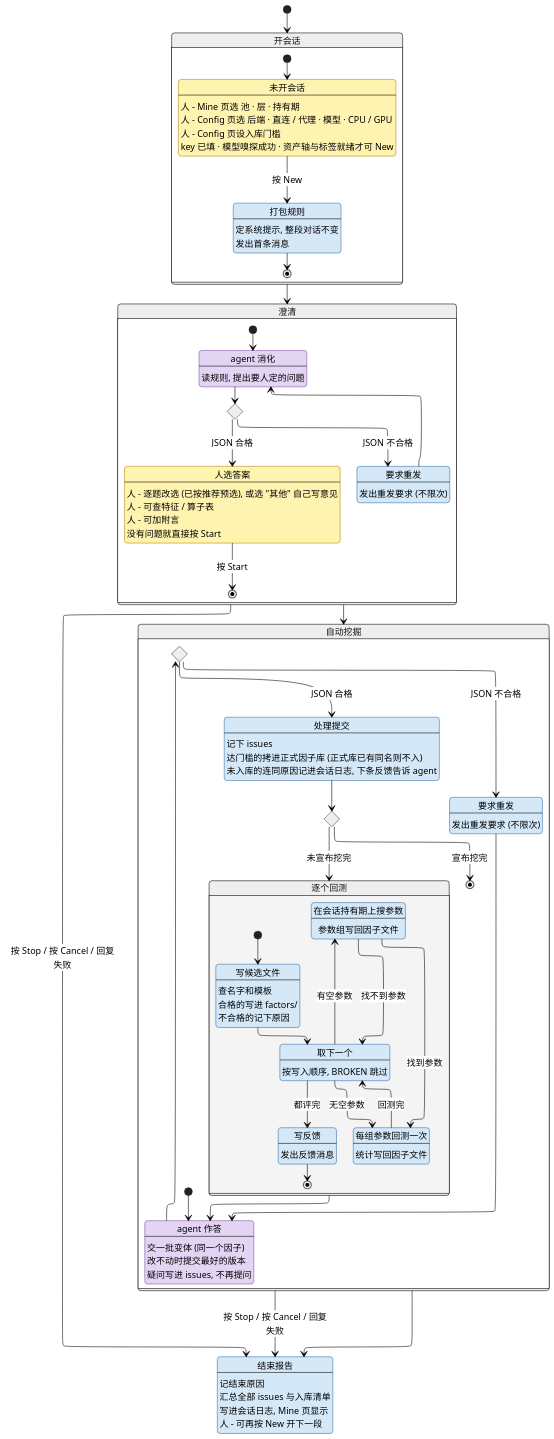
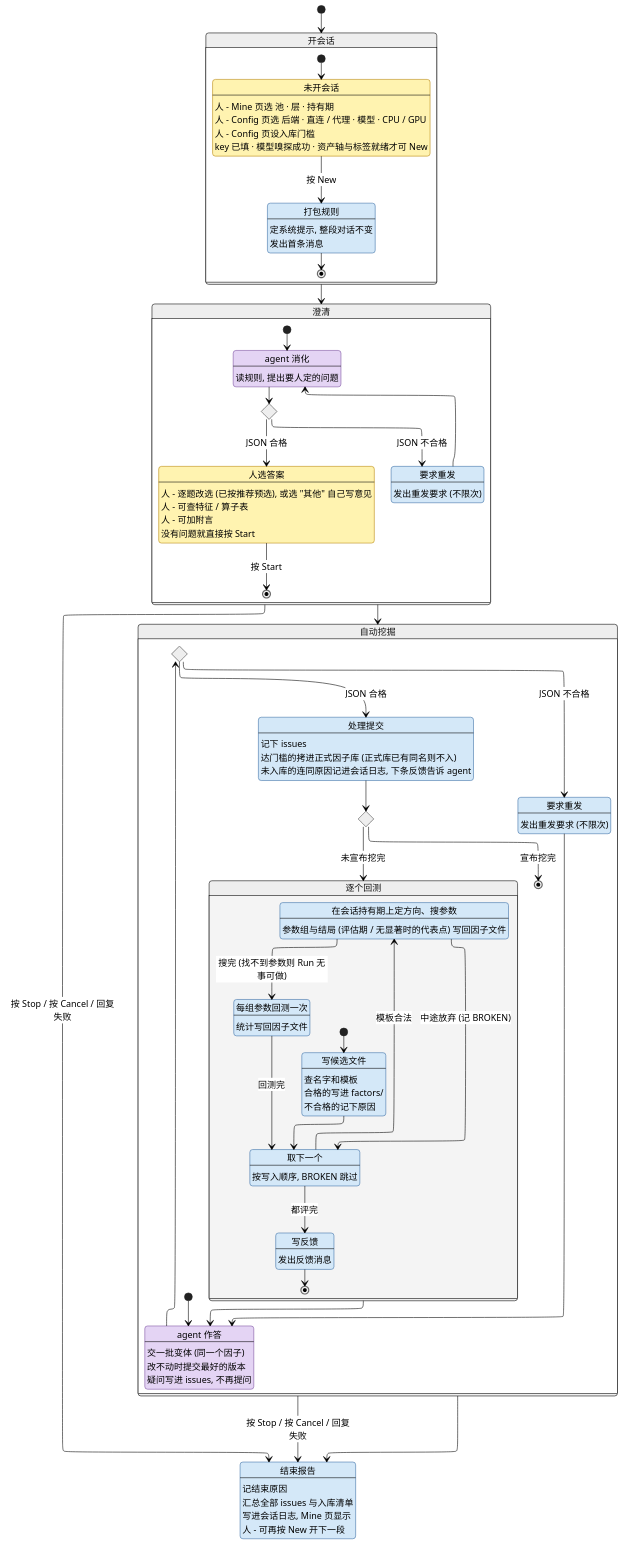
One commit to CoCoMilkyWay/stk changed the diagram in AGENT.md. Above: the diagram before and after it, drawn with Mermaid (neutral theme). The commit also changed other lines of this file and 57 other files, not shown here.

```diff
--- a/AGENT.md
+++ b/AGENT.md
@@ -94,8 +95,8 @@
             Stage : 不合格的记下原因
             state "取下一个" as Next
             Next : 按写入顺序, BROKEN 跳过
-            Search : 在会话持有期上搜参数
-            Search : 参数组写回因子文件
+            Search : 在会话持有期上定方向、搜参数
+            Search : 参数组与结局 (评估期 / 无显著时的代表点) 写回因子文件
             Run : 每组参数回测一次
             Run : 统计写回因子文件
             state "写反馈" as Round
@@ -103,10 +104,9 @@
 
             [*] --> Stage
             Stage --> Next
-            Next --> Search : 有空参数
-            Next --> Run : 无空参数
-            Search --> Run : 找到参数
-            Search --> Next : 找不到参数
+            Next --> Search : 模板合法
+            Search --> Run : 搜完 (找不到参数则 Run 无事可做)
+            Search --> Next : 中途放弃 (记 BROKEN)
             Run --> Next : 回测完
             Next --> Round : 都评完
             Round --> [*]
```
